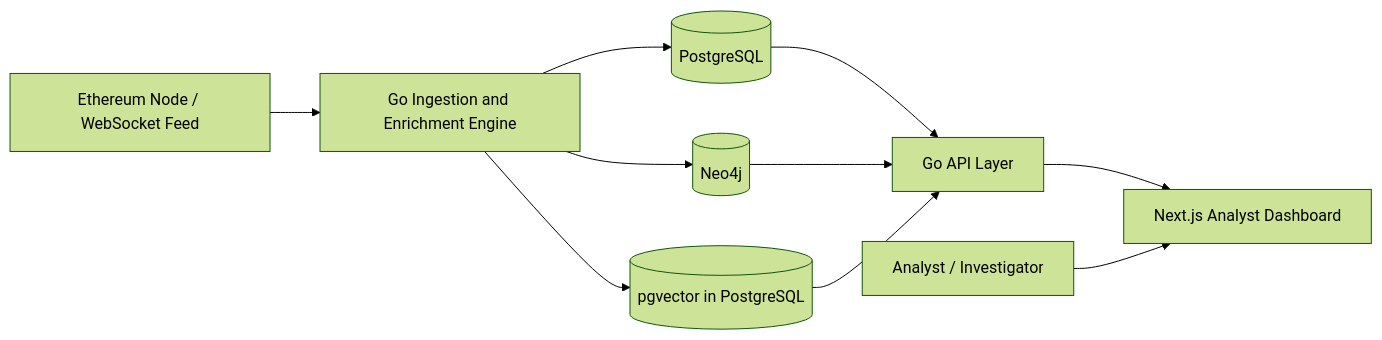
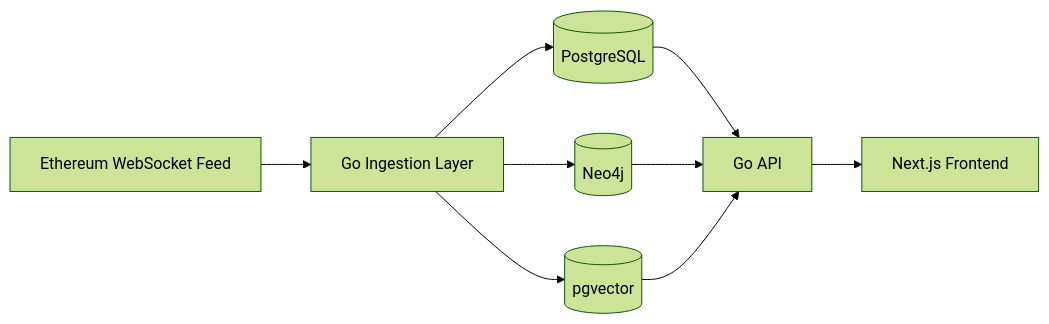
One commit to jonamarkin/forensic-listener changed the first of 2 diagrams in docs/submission-report.md. Above: the diagram before and after it, drawn with Mermaid (forest theme). The commit also changed other lines of this file and 35 other files, not shown here.

````diff
--- a/docs/submission-report.md
+++ b/docs/submission-report.md
@@ -317,21 +86,19 @@
 ```mermaid
 flowchart LR
-    ETH[Ethereum Node / WebSocket Feed]
-    ING[Go Ingestion and Enrichment Engine]
+    ETH[Ethereum WebSocket Feed]
+    ING[Go Ingestion Layer]
     PG[(PostgreSQL)]
     NEO[(Neo4j)]
-    VEC[(pgvector in PostgreSQL)]
-    API[Go API Layer]
-    WEB[Next.js Analyst Dashboard]
-    USER[Analyst / Investigator]
+    VEC[(pgvector)]
+    API[Go API]
+    WEB[Next.js Frontend]
 
     ETH --> ING
     ING --> PG
     ING --> NEO
     ING --> VEC
     PG --> API
     NEO --> API
     VEC --> API
     API --> WEB
-    USER --> WEB
 ```
````
